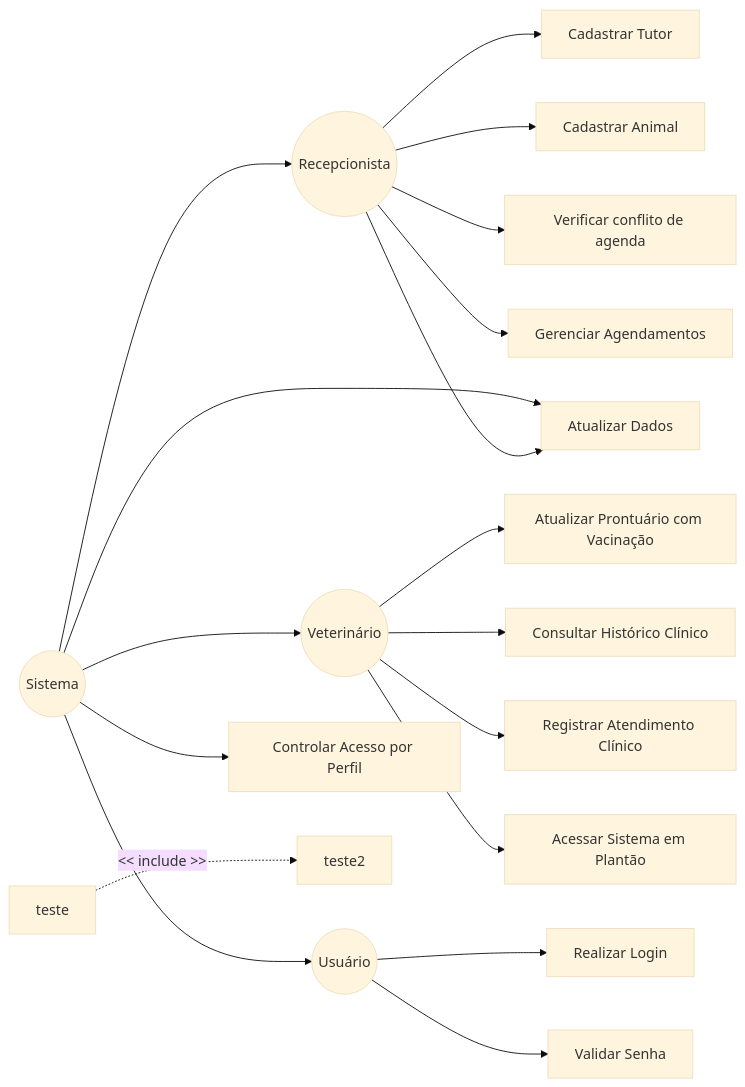
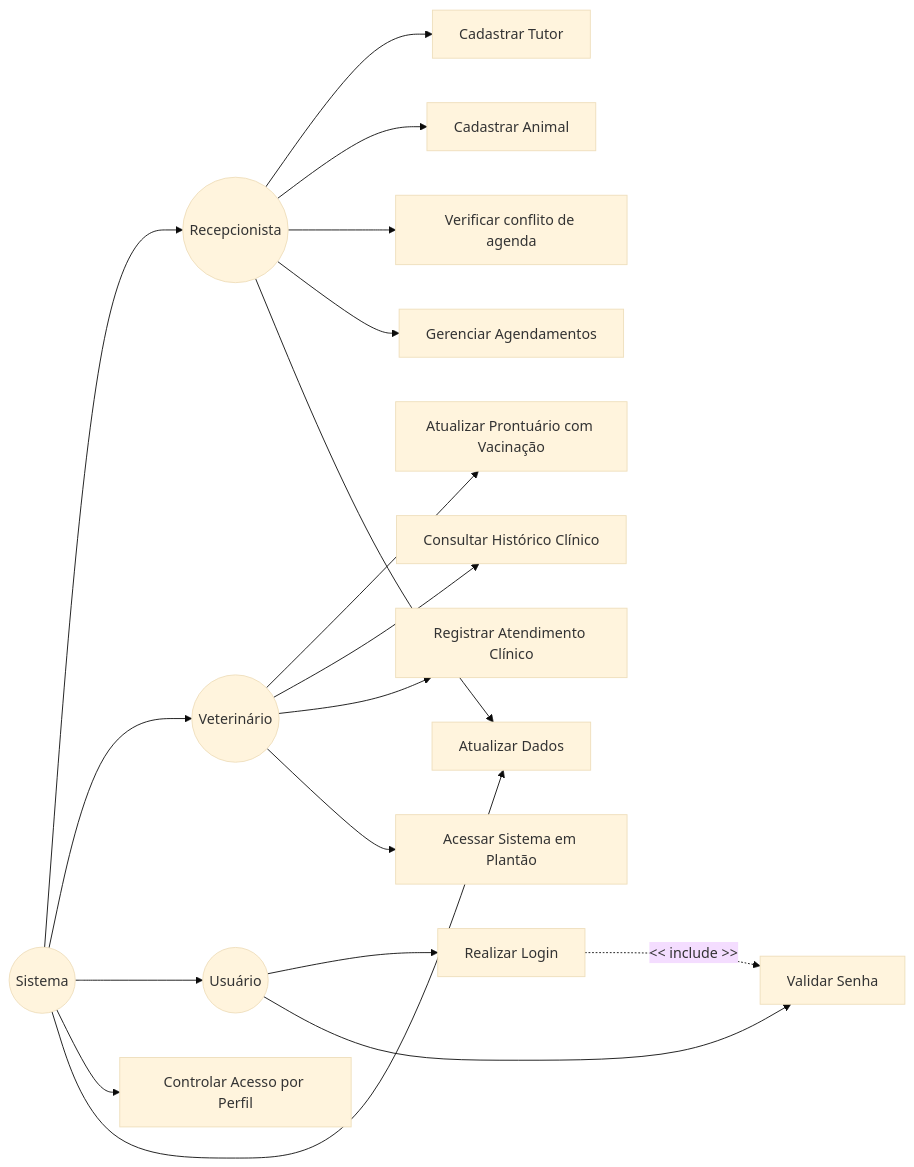
One commit to Anabe-dev/clinica_veterinaria changed the first of 2 diagrams in docs/E3/diagramas_UML.md. Above: the diagram before and after it, drawn with Mermaid (base theme).

Commit message:
Update UML diagram to include login validation

````diff
--- a/docs/E3/diagramas_UML.md
+++ b/docs/E3/diagramas_UML.md
@@ -5,25 +5,25 @@
 ```mermaid
 flowchart LR
   Ator1((Recepcionista))
   Ator2((Veterinário))
   Ator3((Usuário))
   Ator4((Sistema))
   Ator1 --> UC1[Cadastrar Tutor]
   Ator1 --> UC1.1[Cadastrar Animal]
   Ator1 --> UC1.2[Verificar conflito de agenda]
   Ator1 --> UC1.3[Gerenciar Agendamentos]
   Ator2 --> UC2[Atualizar Prontuário com Vacinação]
   Ator2 --> UC2.1[Consultar Histórico Clínico]
   Ator2 --> UC2.2[Registrar Atendimento Clínico]
   Ator2 --> UC2.3[Acessar Sistema em Plantão]
   Ator3 --> UC3[Realizar Login]
   Ator3 --> UC3.1[Validar Senha]
   Ator4((Sistema)) --> Ator1((Recepcionista))
   Ator4((Sistema)) --> Ator2((Veterinário))
   Ator4((Sistema)) --> Ator3((Usuário))
   Ator4 --> UC4[Controlar Acesso por Perfil]
   Ator4 --> UC4.1[Atualizar Dados]
   Ator1 --> UC4.1[Atualizar Dados]
-  teste -.->|&lt;&lt; include &gt;&gt;| teste2
+ UC3[Realizar Login] -.->|&lt;&lt; include &gt;&gt;| UC3.1[Validar Senha]
    
 ```
````
